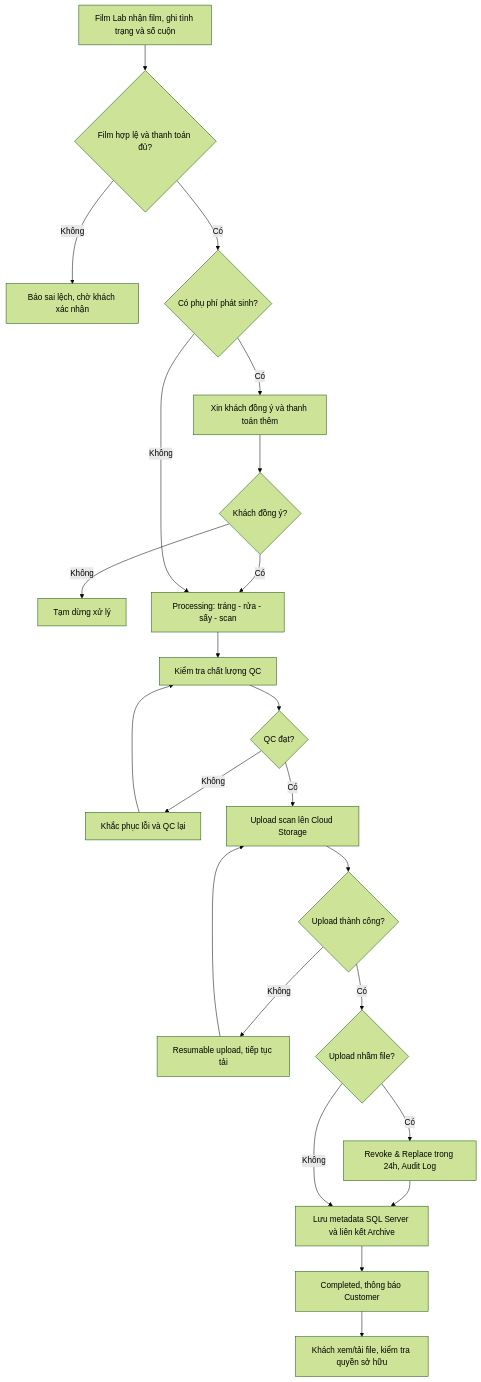
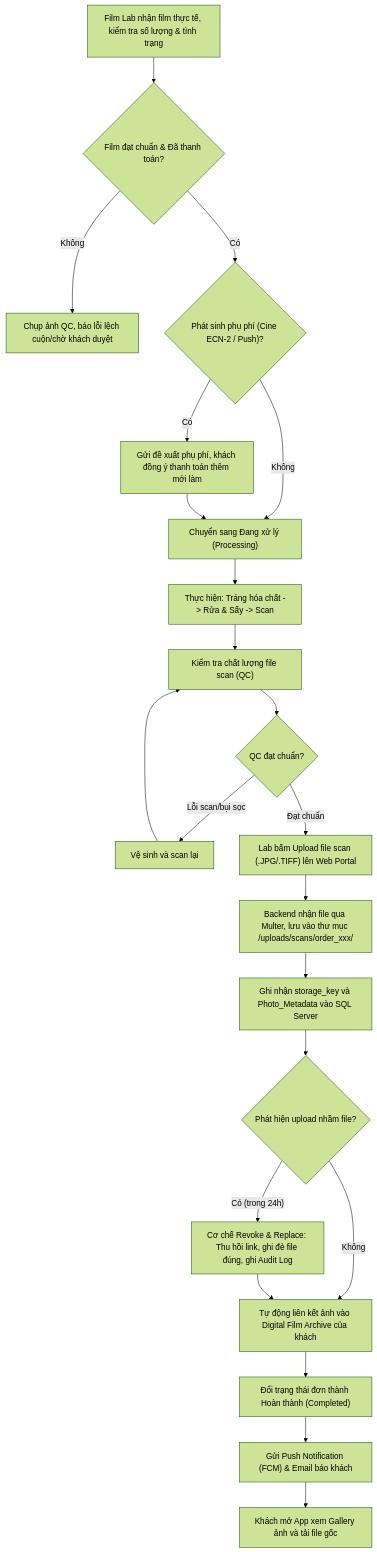
Before and after one commit to huylamnhat/Photographer-enthusiastic-environment: the fourth of 6 diagrams in doc/week 2/sơ đồ kiến trúc & triển khai.md, drawn with Mermaid (forest theme). The commit also changed other lines of this file and 3 other files, not shown here.

````diff
--- a/doc/week 2/sơ đồ kiến trúc & triển khai.md
+++ b/doc/week 2/sơ đồ kiến trúc & triển khai.md
@@ -136,25 +194,23 @@
 ```mermaid
 flowchart TD
- A["Film Lab nhận film, ghi tình trạng và số cuộn"] --> B{"Film hợp lệ và thanh toán đủ?"}
- B -->|"Không"| C["Báo sai lệch, chờ khách xác nhận"]
- B -->|"Có"| D{"Có phụ phí phát sinh?"}
- D -->|"Có"| E["Xin khách đồng ý và thanh toán thêm"]
- E --> F{"Khách đồng ý?"}
- F -->|"Không"| G["Tạm dừng xử lý"]
- F -->|"Có"| H["Processing: tráng - rửa - sấy - scan"]
- D -->|"Không"| H
- H --> I["Kiểm tra chất lượng QC"]
- I --> J{"QC đạt?"}
- J -->|"Không"| K["Khắc phục lỗi và QC lại"]
- K --> I
- J -->|"Có"| L["Upload scan lên Cloud Storage"]
- L --> M{"Upload thành công?"}
- M -->|"Không"| N["Resumable upload, tiếp tục tải"]
- N --> L
- M -->|"Có"| O{"Upload nhầm file?"}
- O -->|"Có"| P["Revoke & Replace trong 24h, Audit Log"]
- P --> Q["Lưu metadata SQL Server và liên kết Archive"]
- O -->|"Không"| Q
- Q --> R["Completed, thông báo Customer"]
- R --> S["Khách xem/tải file, kiểm tra quyền sở hữu"]
+    A["Film Lab nhận film thực tế, kiểm tra số lượng & tình trạng"] --> B{"Film đạt chuẩn & Đã thanh toán?"}
+    B -->|"Không"| C["Chụp ảnh QC, báo lỗi lệch cuộn/chờ khách duyệt"]
+    B -->|"Có"| D{"Phát sinh phụ phí (Cine ECN-2 / Push)?"}
+    D -->|"Có"| E["Gửi đề xuất phụ phí, khách đồng ý thanh toán thêm mới làm"]
+    D -->|"Không"| F["Chuyển sang Đang xử lý (Processing)"]
+    E --> F
+    F --> G["Thực hiện: Tráng hóa chất -> Rửa & Sấy -> Scan"]
+    G --> H["Kiểm tra chất lượng file scan (QC)"]
+    H --> I{"QC đạt chuẩn?"}
+    I -->|"Lỗi scan/bụi sọc"| J["Vệ sinh và scan lại"] --> H
+    I -->|"Đạt chuẩn"| K["Lab bấm Upload file scan (.JPG/.TIFF) lên Web Portal"]
+    K --> L["Backend nhận file qua Multer, lưu vào thư mục /uploads/scans/order_xxx/"]
+    L --> M["Ghi nhận storage_key và Photo_Metadata vào SQL Server"]
+    M --> N{"Phát hiện upload nhầm file?"}
+    N -->|"Có (trong 24h)"| P["Cơ chế Revoke & Replace: Thu hồi link, ghi đè file đúng, ghi Audit Log"]
+    N -->|"Không"| Q["Tự động liên kết ảnh vào Digital Film Archive của khách"]
+    P --> Q
+    Q --> R["Đổi trạng thái đơn thành Hoàn thành (Completed)"]
+    R --> S["Gửi Push Notification (FCM) & Email báo khách"]
+    S --> T["Khách mở App xem Gallery ảnh và tải file gốc"]
 ```
````
